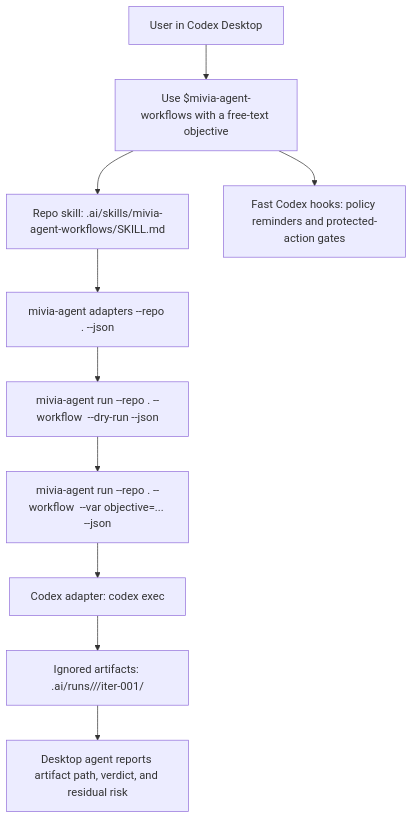
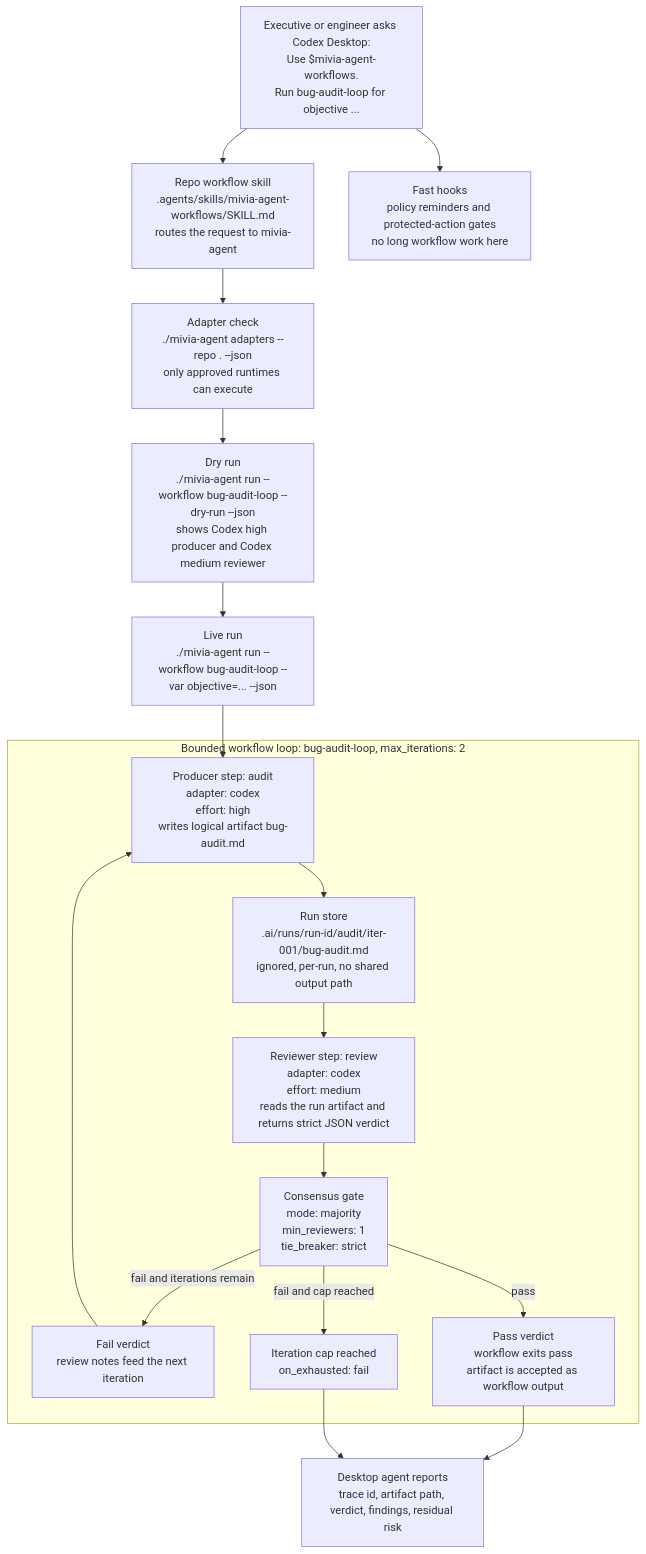
Before and after one commit to MiviaLabs/mivia-agentkit: the diagram in README.md, drawn with Mermaid. The commit also changed other lines of this file, not shown here.

Commit message:
docs(workflow): clarify codex loop diagram
Quality: pre-commit passed (agent config verification passed, whitespace passed, semgrep rules passed, hook tests passed, agent hook tests passed, audit loop tests passed, plan contract tests passed, skill contract tests passed, staged semgrep 0 findings; gofmt skipped, commit message passed)

````diff
--- a/README.md
+++ b/README.md
@@ -47,12 +47,32 @@
 ```mermaid
 flowchart TD
-  User["User in Codex Desktop"] --> Prompt["Use $mivia-agent-workflows with a free-text objective"]
-  Prompt --> Skill["Repo skill: .ai/skills/mivia-agent-workflows/SKILL.md"]
-  Prompt --> Hook["Fast Codex hooks: policy reminders and protected-action gates"]
-  Skill --> Check["mivia-agent adapters --repo . --json"]
-  Check --> DryRun["mivia-agent run --repo . --workflow <name> --dry-run --json"]
-  DryRun --> LiveRun["mivia-agent run --repo . --workflow <name> --var objective=... --json"]
-  LiveRun --> Adapter["Codex adapter: codex exec"]
-  Adapter --> Artifacts["Ignored artifacts: .ai/runs/<run-id>/<step>/iter-001/<artifact>"]
-  Artifacts --> Report["Desktop agent reports artifact path, verdict, and residual risk"]
+  User["Executive or engineer asks Codex Desktop:<br/>Use $mivia-agent-workflows.<br/>Run bug-audit-loop for objective ..."]
+  Skill["Repo workflow skill<br/>.agents/skills/mivia-agent-workflows/SKILL.md<br/>routes the request to mivia-agent"]
+  Hooks["Fast hooks<br/>policy reminders and protected-action gates<br/>no long workflow work here"]
+  Adapters["Adapter check<br/>./mivia-agent adapters --repo . --json<br/>only approved runtimes can execute"]
+  DryRun["Dry run<br/>./mivia-agent run --workflow bug-audit-loop --dry-run --json<br/>shows Codex high producer and Codex medium reviewer"]
+
+  User --> Skill
+  User --> Hooks
+  Skill --> Adapters --> DryRun
+
+  subgraph Loop["Bounded workflow loop: bug-audit-loop, max_iterations: 2"]
+    Produce["Producer step: audit<br/>adapter: codex<br/>effort: high<br/>writes logical artifact bug-audit.md"]
+    Store["Run store<br/>.ai/runs/run-id/audit/iter-001/bug-audit.md<br/>ignored, per-run, no shared output path"]
+    Review["Reviewer step: review<br/>adapter: codex<br/>effort: medium<br/>reads the run artifact and returns strict JSON verdict"]
+    Consensus["Consensus gate<br/>mode: majority<br/>min_reviewers: 1<br/>tie_breaker: strict"]
+    Iterate["Fail verdict<br/>review notes feed the next iteration"]
+    Pass["Pass verdict<br/>workflow exits pass<br/>artifact is accepted as workflow output"]
+    Exhausted["Iteration cap reached<br/>on_exhausted: fail"]
+
+    Produce --> Store --> Review --> Consensus
+    Consensus -->|pass| Pass
+    Consensus -->|fail and iterations remain| Iterate --> Produce
+    Consensus -->|fail and cap reached| Exhausted
+  end
+
+  DryRun --> LiveRun["Live run<br/>./mivia-agent run --workflow bug-audit-loop --var objective=... --json"]
+  LiveRun --> Produce
+  Pass --> Report["Desktop agent reports<br/>trace id, artifact path, verdict, findings, residual risk"]
+  Exhausted --> Report
 ```
````
